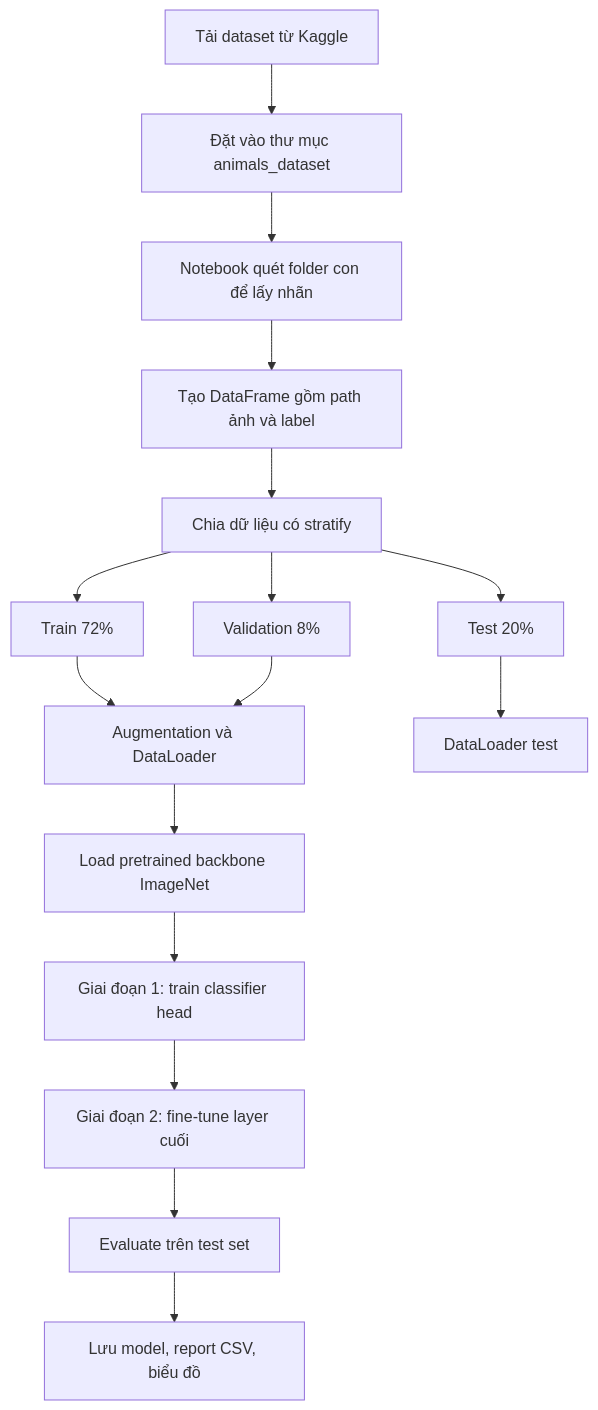
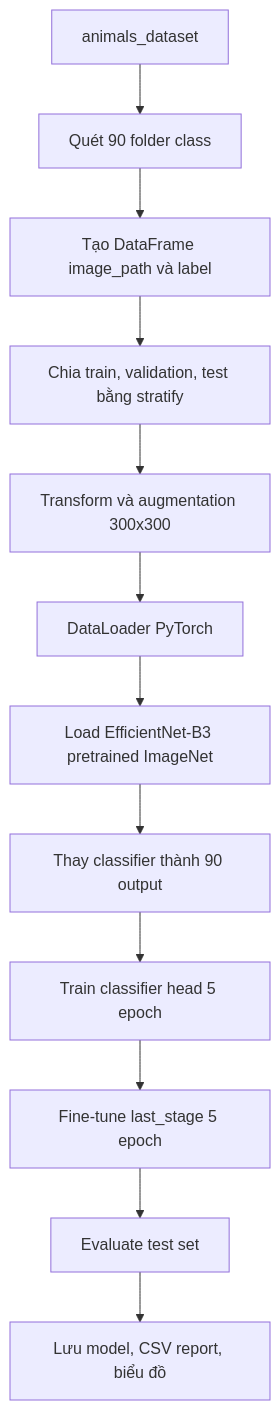
One commit to dangtai111325/90-Animals-Classification changed the diagram in README.md. Above: the diagram before and after it, drawn with Mermaid. The commit also changed other lines of this file and 16 other files, not shown here.

Commit message:
Move EfficientNet-B3 package to branch root

````diff
--- a/README.md
+++ b/README.md
@@ -58,18 +29,14 @@
 ```mermaid
 flowchart TD
-    A[Tải dataset từ Kaggle] --> B[Đặt vào thư mục animals_dataset]
-    B --> C[Notebook quét folder con để lấy nhãn]
-    C --> D[Tạo DataFrame gồm path ảnh và label]
-    D --> E[Chia dữ liệu có stratify]
-    E --> F[Train 72%]
-    E --> G[Validation 8%]
-    E --> H[Test 20%]
-    F --> I[Augmentation và DataLoader]
-    G --> I
-    H --> J[DataLoader test]
-    I --> K[Load pretrained backbone ImageNet]
-    K --> L[Giai đoạn 1: train classifier head]
-    L --> M[Giai đoạn 2: fine-tune layer cuối]
-    M --> N[Evaluate trên test set]
-    N --> O[Lưu model, report CSV, biểu đồ]
+    A[animals_dataset] --> B[Quét 90 folder class]
+    B --> C[Tạo DataFrame image_path và label]
+    C --> D[Chia train, validation, test bằng stratify]
+    D --> E[Transform và augmentation 300x300]
+    E --> F[DataLoader PyTorch]
+    F --> G[Load EfficientNet-B3 pretrained ImageNet]
+    G --> H[Thay classifier thành 90 output]
+    H --> I[Train classifier head 5 epoch]
+    I --> J[Fine-tune last_stage 5 epoch]
+    J --> K[Evaluate test set]
+    K --> L[Lưu model, CSV report, biểu đồ]
 ```
````
